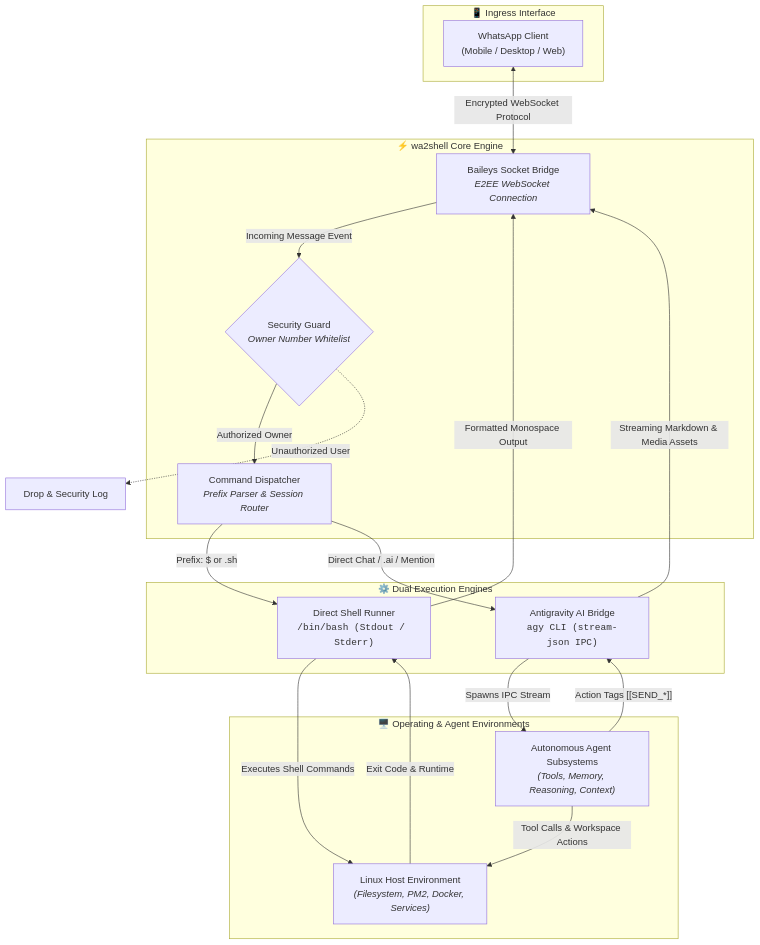
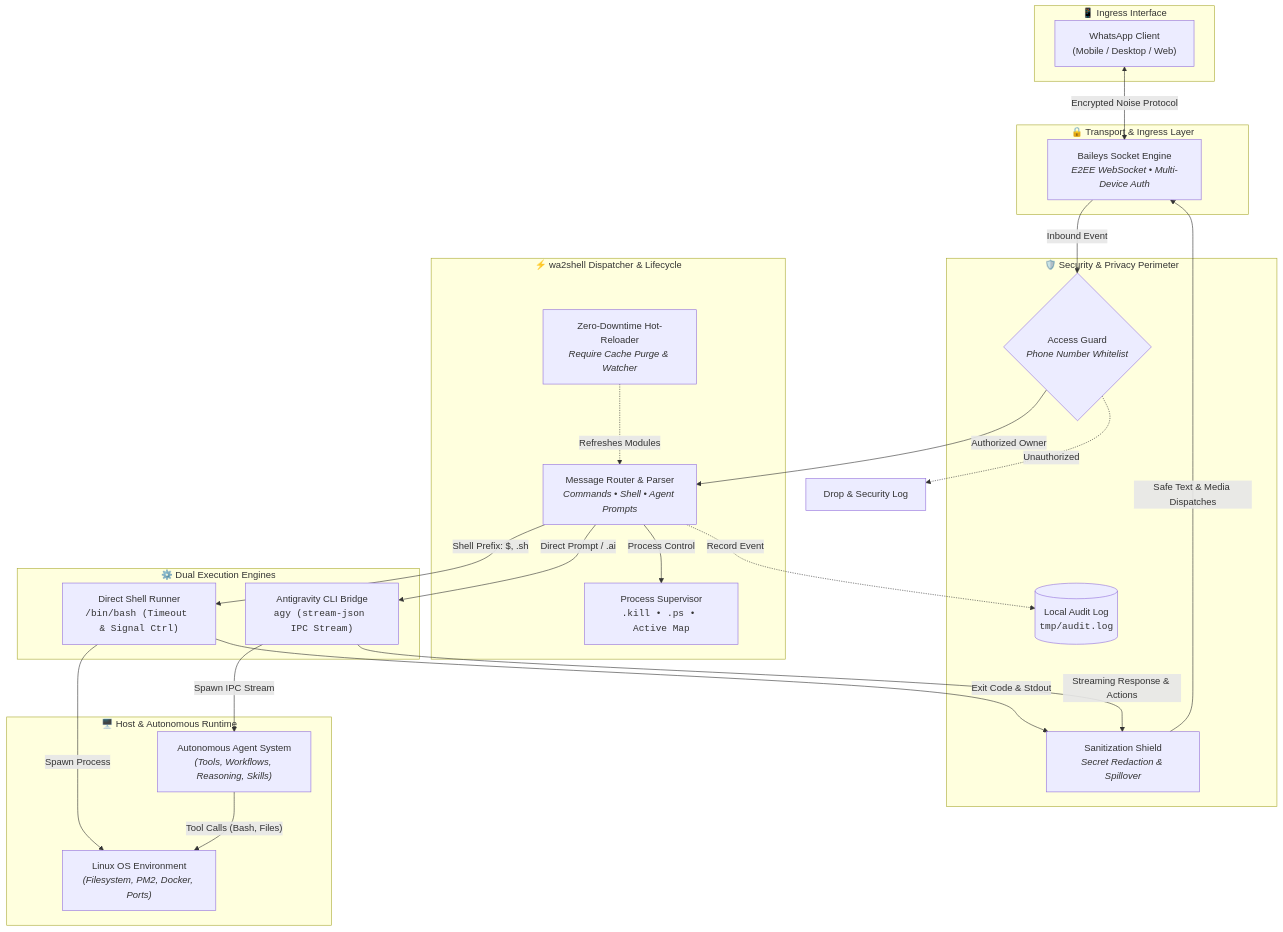
One commit to PantherCloud12/wa2shell changed the diagram in README.md. Above: the diagram before and after it, drawn with Mermaid. The commit also changed other lines of this file and 7 other files, not shown here.

Commit message:
feat(v1.2.0): process supervisor, auto-spillover, sanitization shield, audit logging, and docs overhaul

````diff
--- a/README.md
+++ b/README.md
@@ -43,40 +37,53 @@
 ```mermaid
-flowchart TD
+flowchart TB
     subgraph Client["📱 Ingress Interface"]
         WA["WhatsApp Client<br/>(Mobile / Desktop / Web)"]
     end
 
-    subgraph Core["⚡ wa2shell Core Engine"]
-        Sock["Baileys Socket Bridge<br/><i>E2EE WebSocket Connection</i>"]
-        Guard{"Security Guard<br/><i>Owner Number Whitelist</i>"}
-        Router["Command Dispatcher<br/><i>Prefix Parser & Session Router</i>"]
+    subgraph Transport["🔒 Transport & Ingress Layer"]
+        Socket["Baileys Socket Engine<br/><i>E2EE WebSocket • Multi-Device Auth</i>"]
     end
 
-    subgraph Engines["⚙️ Dual Execution Engines"]
-        Bash["Direct Shell Runner<br/><code>/bin/bash (Stdout / Stderr)</code>"]
-        Agy["Antigravity AI Bridge<br/><code>agy CLI (stream-json IPC)</code>"]
+    subgraph Security["🛡️ Security & Privacy Perimeter"]
+        AuthGuard{"Access Guard<br/><i>Phone Number Whitelist</i>"}
+        Sanitizer["Sanitization Shield<br/><i>Secret Redaction & Spillover</i>"]
+        AuditLog[("Local Audit Log<br/><code>tmp/audit.log</code>")]
     end
 
-    subgraph Target["🖥️ Operating & Agent Environments"]
-        Linux["Linux Host Environment<br/><i>(Filesystem, PM2, Docker, Services)</i>"]
-        Agent["Autonomous Agent Subsystems<br/><i>(Tools, Memory, Reasoning, Context)</i>"]
+    subgraph Core["⚡ wa2shell Dispatcher & Lifecycle"]
+        Dispatcher["Message Router & Parser<br/><i>Commands • Shell • Agent Prompts</i>"]
+        ProcMgr["Process Supervisor<br/><code>.kill • .ps • Active Map</code>"]
+        HotReload["Zero-Downtime Hot-Reloader<br/><i>Require Cache Purge & Watcher</i>"]
     end
 
-    WA <-->|"Encrypted WebSocket Protocol"| Sock
-    Sock -->|"Incoming Message Event"| Guard
-    Guard -->|"Authorized Owner"| Router
-    Guard -.->|"Unauthorized User"| Deny["Drop & Security Log"]
+    subgraph Execution["⚙️ Dual Execution Engines"]
+        ShellEngine["Direct Shell Runner<br/><code>/bin/bash (Timeout & Signal Ctrl)</code>"]
+        AgyBridge["Antigravity CLI Bridge<br/><code>agy (stream-json IPC Stream)</code>"]
+    end
 
-    Router -->|"Prefix: $ or .sh"| Bash
-    Router -->|"Direct Chat / .ai / Mention"| Agy
+    subgraph Runtime["🖥️ Host & Autonomous Runtime"]
+        LinuxHost["Linux OS Environment<br/><i>(Filesystem, PM2, Docker, Ports)</i>"]
+        AgyAgent["Autonomous Agent System<br/><i>(Tools, Workflows, Reasoning, Skills)</i>"]
+    end
 
-    Bash -->|"Executes Shell Commands"| Linux
-    Linux -->|"Exit Code & Runtime"| Bash
+    %% Flow Connections
+    WA <-->|"Encrypted Noise Protocol"| Socket
+    Socket -->|"Inbound Event"| AuthGuard
+    AuthGuard -->|"Authorized Owner"| Dispatcher
+    AuthGuard -.->|"Unauthorized"| Deny["Drop & Security Log"]
 
-    Agy -->|"Spawns IPC Stream"| Agent
-    Agent -->|"Tool Calls & Workspace Actions"| Linux
-    Agent -->|"Action Tags [[SEND_*]]"| Agy
+    Dispatcher -->|"Process Control"| ProcMgr
+    Dispatcher -->|"Shell Prefix: $, .sh"| ShellEngine
+    Dispatcher -->|"Direct Prompt / .ai"| AgyBridge
+    HotReload -.->|"Refreshes Modules"| Dispatcher
 
-    Bash -->|"Formatted Monospace Output"| Sock
-    Agy -->|"Streaming Markdown & Media Assets"| Sock
+    ShellEngine -->|"Spawn Process"| LinuxHost
+    AgyBridge -->|"Spawn IPC Stream"| AgyAgent
+    AgyAgent -->|"Tool Calls (Bash, Files)"| LinuxHost
+
+    ShellEngine -->|"Exit Code & Stdout"| Sanitizer
+    AgyBridge -->|"Streaming Response & Actions"| Sanitizer
+    Dispatcher -.->|"Record Event"| AuditLog
+
+    Sanitizer -->|"Safe Text & Media Dispatches"| Socket
 ```
````
